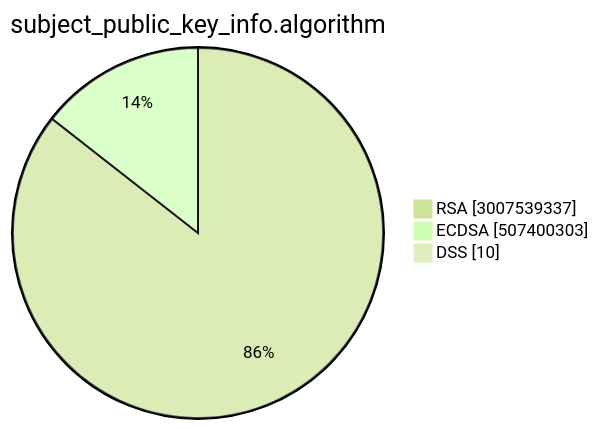
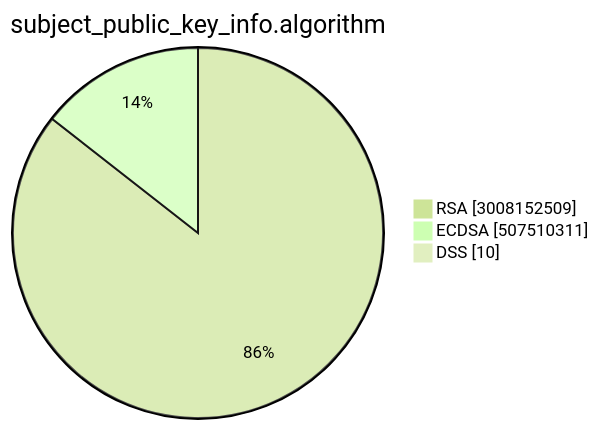
One commit to christiankrug/ctmonitor_visualization changed the second of 15 diagrams in TOTAL/README.md. Above: the diagram before and after it, drawn with Mermaid (forest theme). The commit also changed other lines of this file, not shown here.

````diff
--- a/TOTAL/README.md
+++ b/TOTAL/README.md
@@ -6,7 +6,7 @@
 ```mermaid
 pie showData
 title subject_public_key_info.algorithm
-"RSA" :3007539337
-"ECDSA" :507400303
+"RSA" :3008152509
+"ECDSA" :507510311
 "DSS" :10
 ```
````
